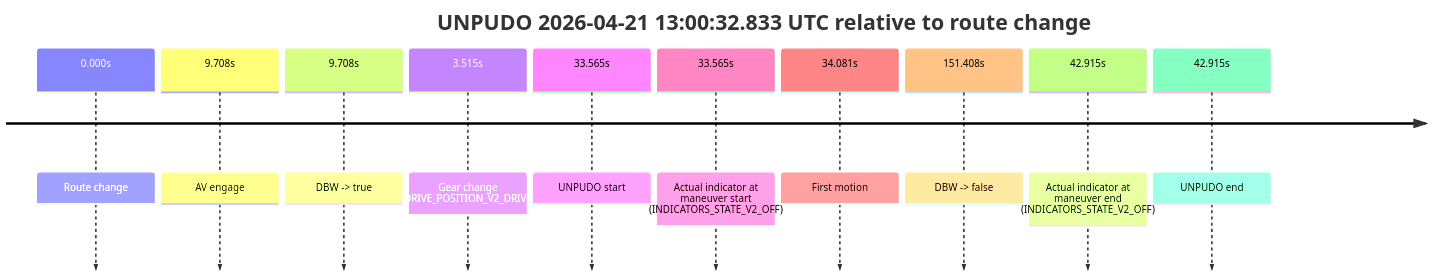
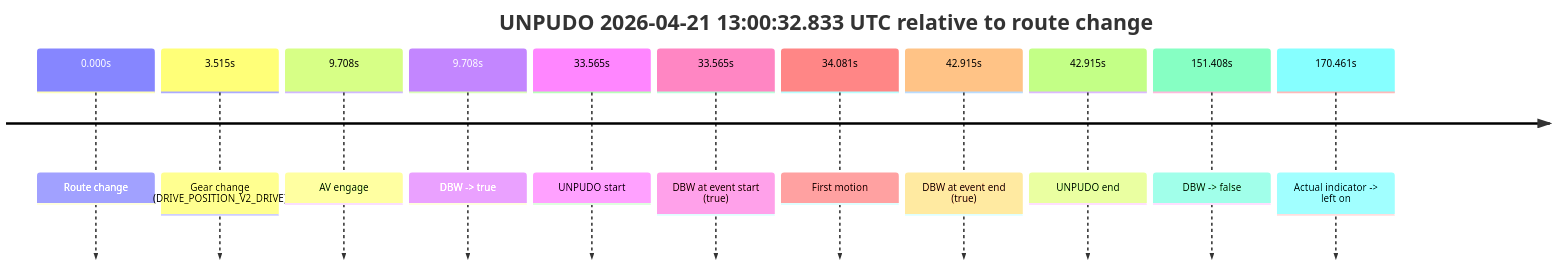
Before and after one commit to yoelshapiro/vault: the diagram in model_analysis/report_cards/2026/04/Week-4/fme20032--2026-04-21--12-36-31--gen2-av-ce5401ab-e385-431a-9076-a8b813d9a9ab.md, drawn with Mermaid. The commit also changed other lines of this file and 85 other files, not shown here.

````diff
--- a/model_analysis/report_cards/2026/04/Week-4/fme20032--2026-04-21--12-36-31--gen2-av-ce5401ab-e385-431a-9076-a8b813d9a9ab.md
+++ b/model_analysis/report_cards/2026/04/Week-4/fme20032--2026-04-21--12-36-31--gen2-av-ce5401ab-e385-431a-9076-a8b813d9a9ab.md
@@ -43,14 +44,15 @@
 ```mermaid
 timeline
     title UNPUDO 2026-04-21 13:00:32.833 UTC relative to route change
     0.000s : Route change
+    3.515s : Gear change (DRIVE_POSITION_V2_DRIVE)
     9.708s : AV engage
     9.708s : DBW -> true
-    3.515s : Gear change (DRIVE_POSITION_V2_DRIVE)
     33.565s : UNPUDO start
-    33.565s : Actual indicator at maneuver start (INDICATORS_STATE_V2_OFF)
+    33.565s : DBW at event start (true)
     34.081s : First motion
+    42.915s : DBW at event end (true)
+    42.915s : UNPUDO end
     151.408s : DBW -> false
-    42.915s : Actual indicator at maneuver end (INDICATORS_STATE_V2_OFF)
-    42.915s : UNPUDO end
+    170.461s : Actual indicator -> left on
 ```
````
